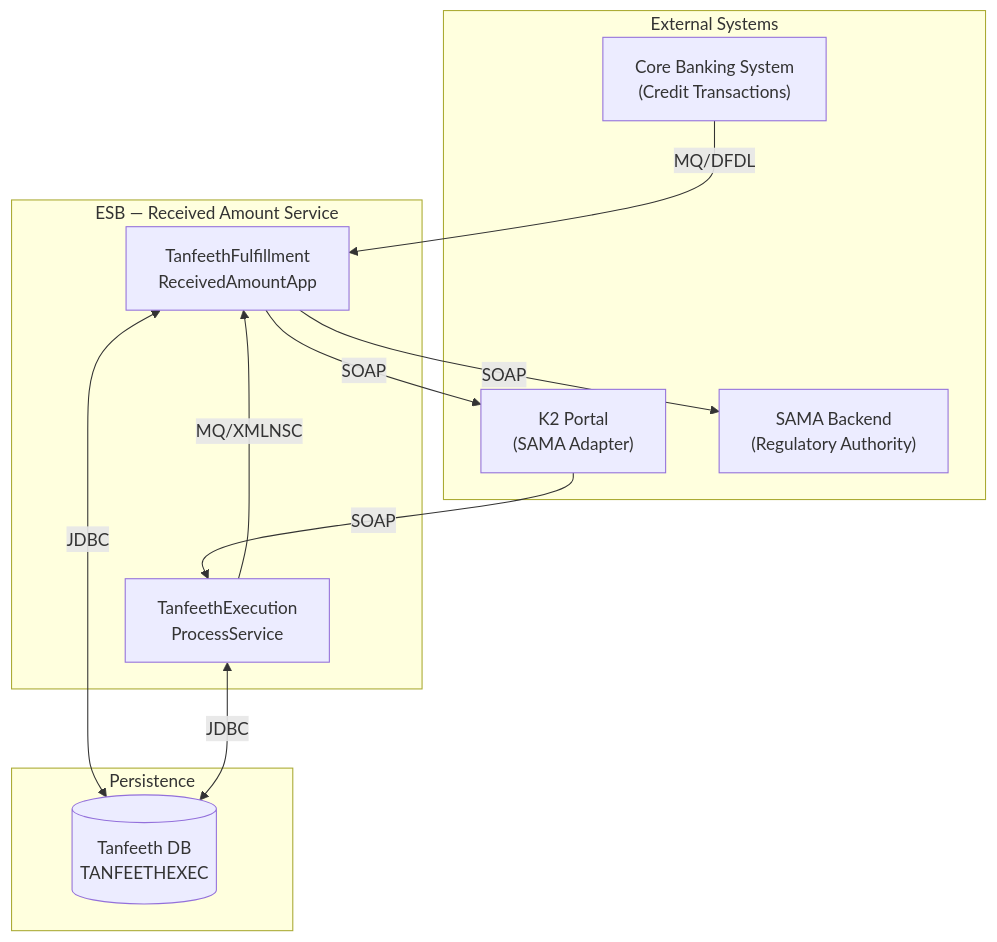
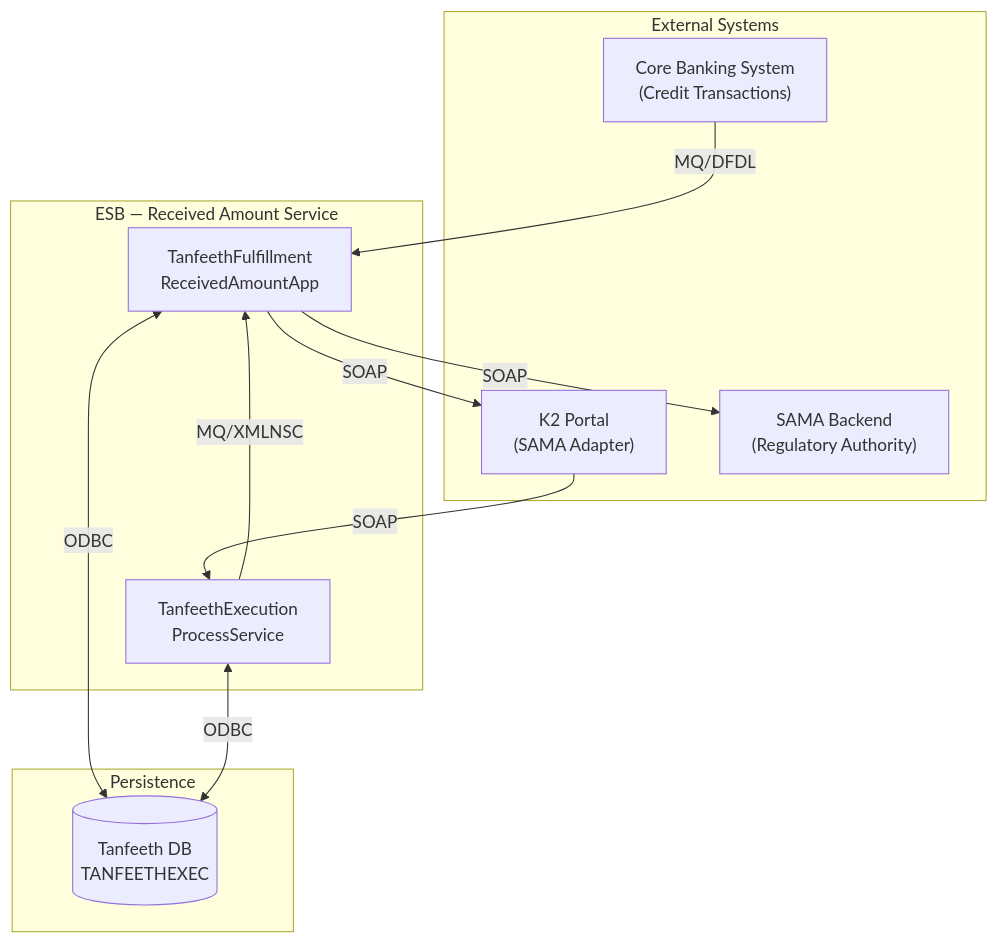
The first of 10 diagrams in Fullfilment/high_level_design.md (MahmoudKRashed/transactionIqn), drawn with Mermaid before and after one commit. The commit also changed other lines of this file, not shown here.

````diff
--- a/Fullfilment/high_level_design.md
+++ b/Fullfilment/high_level_design.md
@@ -31,24 +31,24 @@
 ```mermaid
 graph TB
     subgraph External Systems
         CBS["Core Banking System<br/>(Credit Transactions)"]
         K2["K2 Portal<br/>(SAMA Adapter)"]
         SAMA["SAMA Backend<br/>(Regulatory Authority)"]
     end
 
     subgraph "ESB — Received Amount Service"
         App1["TanfeethFulfillment<br/>ReceivedAmountApp"]
         ExecSvc["TanfeethExecution<br/>ProcessService"]
     end
 
     subgraph Persistence
         DB[("Tanfeeth DB<br/>TANFEETHEXEC")]
     end
 
     CBS -->|MQ/DFDL| App1
     App1 -->|SOAP| K2
     K2 -->|SOAP| ExecSvc
     ExecSvc -->|MQ/XMLNSC| App1
     App1 -->|SOAP| SAMA
-    App1 & ExecSvc <-->|JDBC| DB
+    App1 & ExecSvc <-->|ODBC| DB
 ```
````
